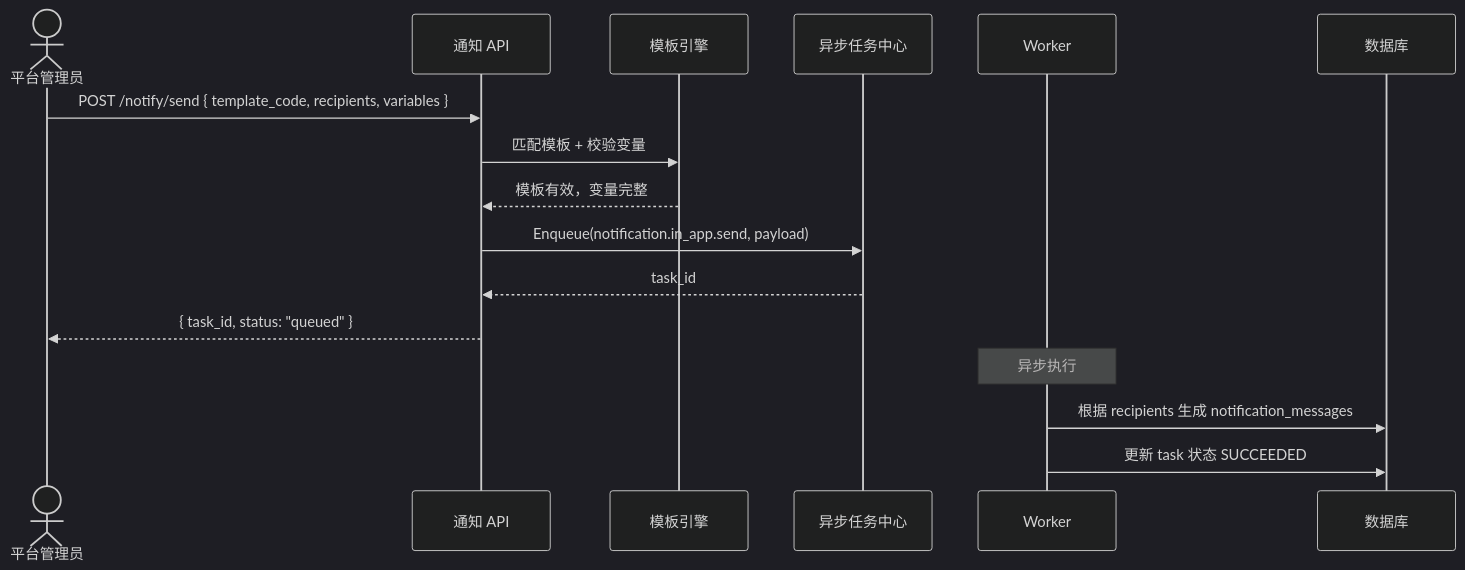
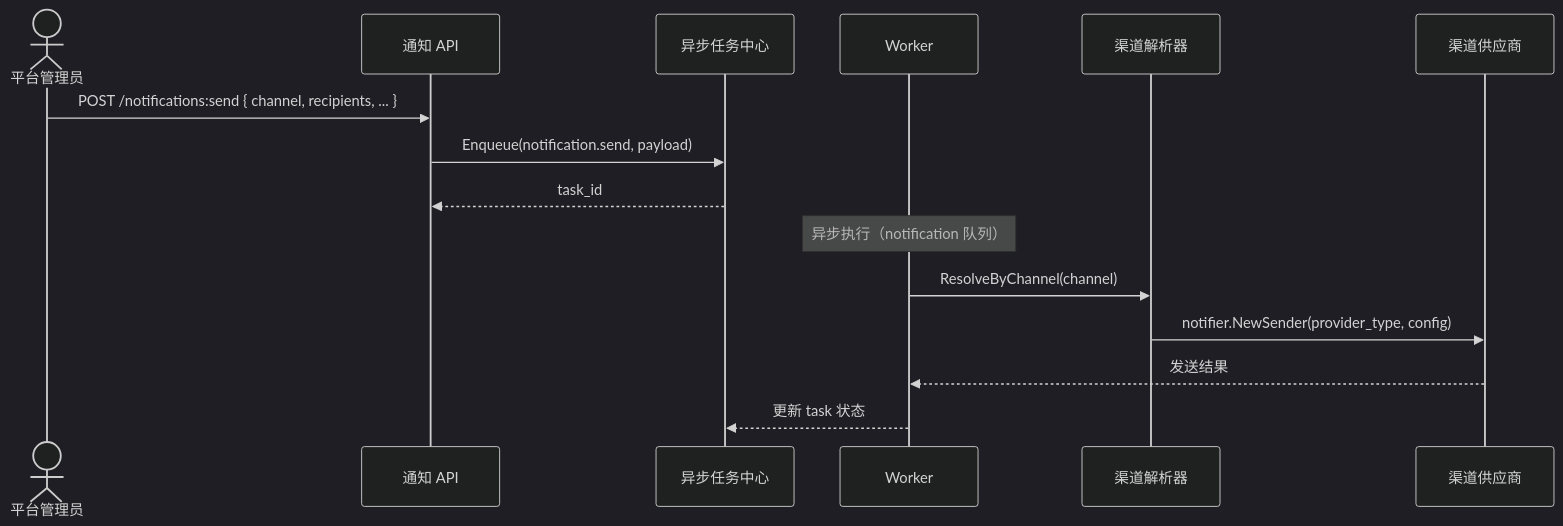
Before and after one commit to stack-haven/avmc: the second of 3 diagrams in docs/architecture/1-5-技术中台-通知中心设计.md, drawn with Mermaid (dark theme). The commit also changed other lines of this file and 4 other files, not shown here.

````diff
--- a/docs/architecture/1-5-技术中台-通知中心设计.md
+++ b/docs/architecture/1-5-技术中台-通知中心设计.md
@@ -70,23 +156,20 @@
 ```mermaid
 sequenceDiagram
     actor Admin as 平台管理员
     participant API as 通知 API
-    participant Template as 模板引擎
     participant Task as 异步任务中心
     participant Worker as Worker
-    participant DB as 数据库
+    participant Resolver as 渠道解析器
+    participant Sender as 渠道供应商
 
-    Admin->>API: POST /notify/send { template_code, recipients, variables }
-    API->>Template: 匹配模板 + 校验变量
-    Template-->>API: 模板有效，变量完整
-
-    API->>Task: Enqueue(notification.in_app.send, payload)
+    Admin->>API: POST /notifications:send { channel, recipients, ... }
+    API->>Task: Enqueue(notification.send, payload)
     Task-->>API: task_id
 
-    API-->>Admin: { task_id, status: "queued" }
+    Note over Worker: 异步执行（notification 队列）
 
-    Note over Worker: 异步执行
-
-    Worker->>DB: 根据 recipients 生成 notification_messages
-    Worker->>DB: 更新 task 状态 SUCCEEDED
+    Worker->>Resolver: ResolveByChannel(channel)
+    Resolver->>Sender: notifier.NewSender(provider_type, config)
+    Sender-->>Worker: 发送结果
+    Worker-->>Task: 更新 task 状态
 ```
````
